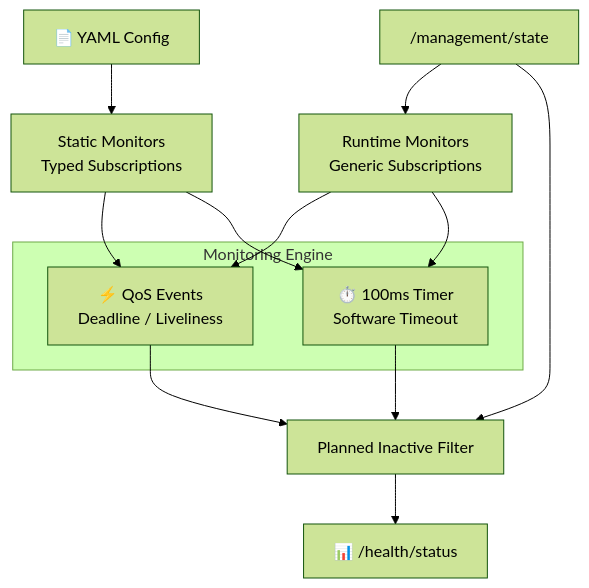
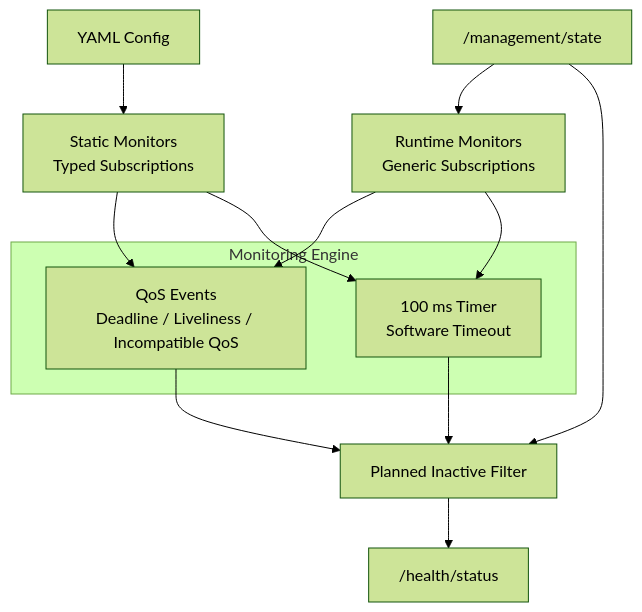
Before and after one commit to NILAMATHI1999/drone-health-modular-framework: the first of 4 diagrams in src/drone_health_core/health_monitor/README.md, drawn with Mermaid (forest theme). The commit also changed other lines of this file and 10 other files, not shown here.

````diff
--- a/src/drone_health_core/health_monitor/README.md
+++ b/src/drone_health_core/health_monitor/README.md
@@ -9,16 +9,16 @@
 ```mermaid
 graph TD
-    YAML["📄 YAML Config"] --> Static["Static Monitors<br/>Typed Subscriptions"]
+    YAML["YAML Config"] --> Static["Static Monitors<br/>Typed Subscriptions"]
     Mgmt["/management/state"] --> Dynamic["Runtime Monitors<br/>Generic Subscriptions"]
     Mgmt --> Inactive["Planned Inactive Filter"]
-    
+
     subgraph Core ["Monitoring Engine"]
-        QoS["⚡ QoS Events<br/>Deadline / Liveliness"]
-        Timer["⏱️ 100ms Timer<br/>Software Timeout"]
+        QoS["QoS Events<br/>Deadline / Liveliness / Incompatible QoS"]
+        Timer["100 ms Timer<br/>Software Timeout"]
     end
-    
+
     Static --> QoS & Timer
     Dynamic --> QoS & Timer
     QoS & Timer --> Inactive
-    Inactive --> Pub["📊 /health/status"]
+    Inactive --> Pub["/health/status"]
 ```
````
